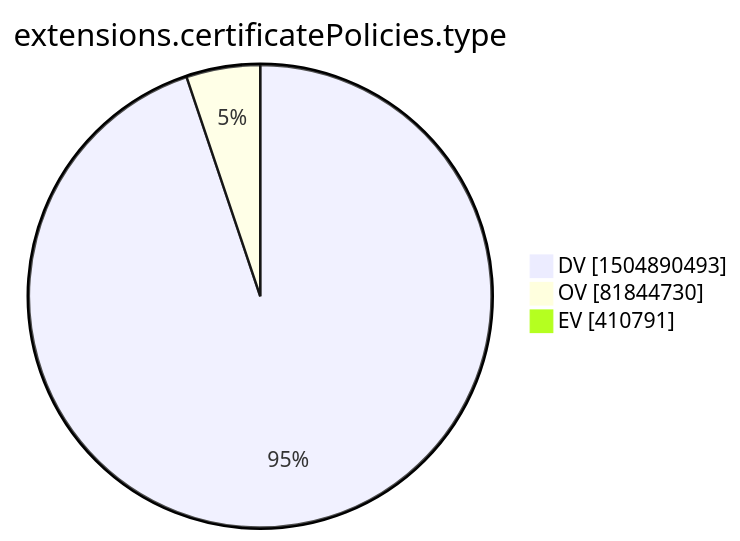
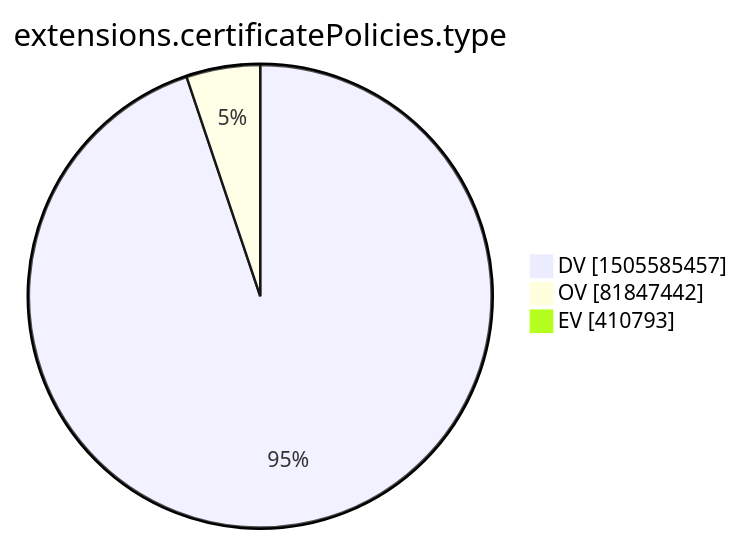
Before and after one commit to christiankrug/ctmonitor_visualization: the tenth of 15 diagrams in xenon2022/README.md, drawn with Mermaid. The commit also changed other lines of this file, not shown here.

````diff
--- a/xenon2022/README.md
+++ b/xenon2022/README.md
@@ -2874,7 +2874,7 @@
 ```mermaid
 pie showData
 title extensions.certificatePolicies.type
-"DV" :1504890493
-"OV" :81844730
-"EV" :410791
+"DV" :1505585457
+"OV" :81847442
+"EV" :410793
 ```
````
